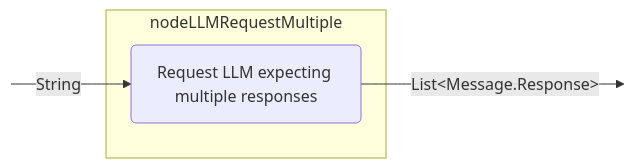
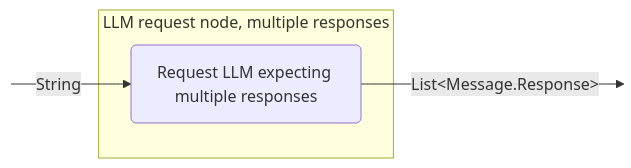
The ninth of 15 diagrams in docs/docs/nodes-and-components.md (JetBrains/koog), drawn with Mermaid before and after one commit. The commit also changed other lines of this file and 1 other file, not shown here.

````diff
--- a/docs/docs/nodes-and-components.md
+++ b/docs/docs/nodes-and-components.md
@@ -405,13 +406,13 @@
 ```mermaid
 graph LR
     in:::hidden
     out:::hidden
     
-    subgraph node ["nodeLLMRequestMultiple"]
+    subgraph node ["LLM request node, multiple responses"]
         execute(Request LLM expecting multiple responses)
     end
     
     in --String--> execute -- "List&lt;Message.Response&gt;" --> out
 
     classDef hidden display: none;
 ```
````
